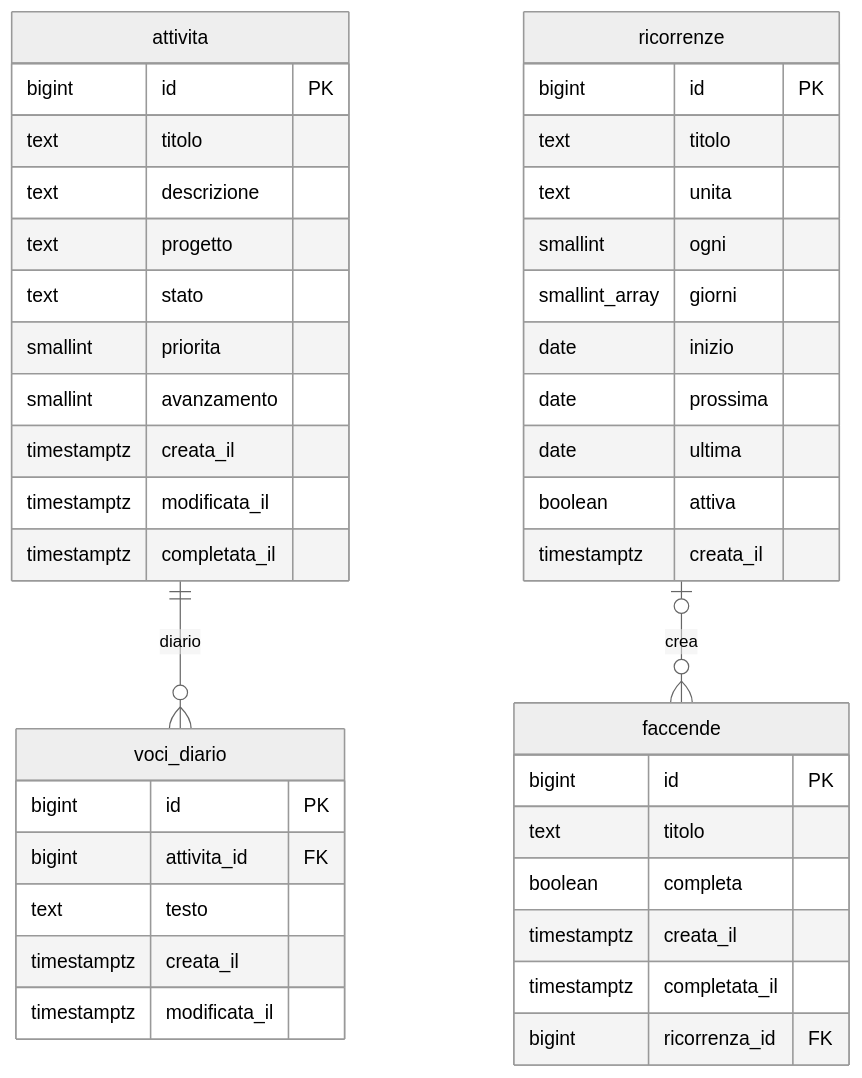
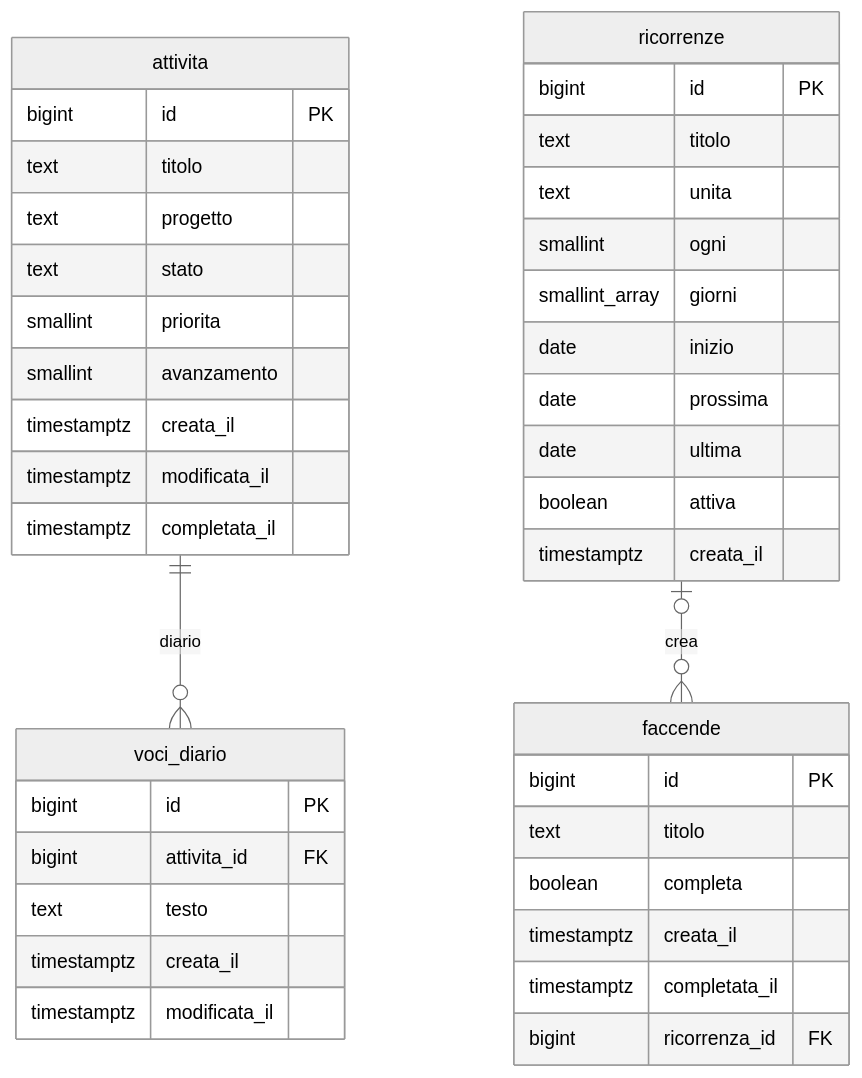
The diagram in doc/04-modello-dati.md (GiacomoGuaresi/Projects), drawn with Mermaid (neutral theme) before and after one commit. The commit also changed other lines of this file and 18 other files, not shown here.

````diff
--- a/doc/04-modello-dati.md
+++ b/doc/04-modello-dati.md
@@ -7,44 +7,43 @@
 ```mermaid
 erDiagram
   attivita ||--o{ voci_diario : "diario"
   ricorrenze |o--o{ faccende : "crea"
   ricorrenze {
     bigint id PK
     text titolo
     text unita
     smallint ogni
     smallint_array giorni
     date inizio
     date prossima
     date ultima
     boolean attiva
     timestamptz creata_il
   }
   faccende {
     bigint id PK
     text titolo
     boolean completa
     timestamptz creata_il
     timestamptz completata_il
     bigint ricorrenza_id FK
   }
   attivita {
     bigint id PK
     text titolo
-    text descrizione
     text progetto
     text stato
     smallint priorita
     smallint avanzamento
     timestamptz creata_il
     timestamptz modificata_il
     timestamptz completata_il
   }
   voci_diario {
     bigint id PK
     bigint attivita_id FK
     text testo
     timestamptz creata_il
     timestamptz modificata_il
   }
 ```
````
